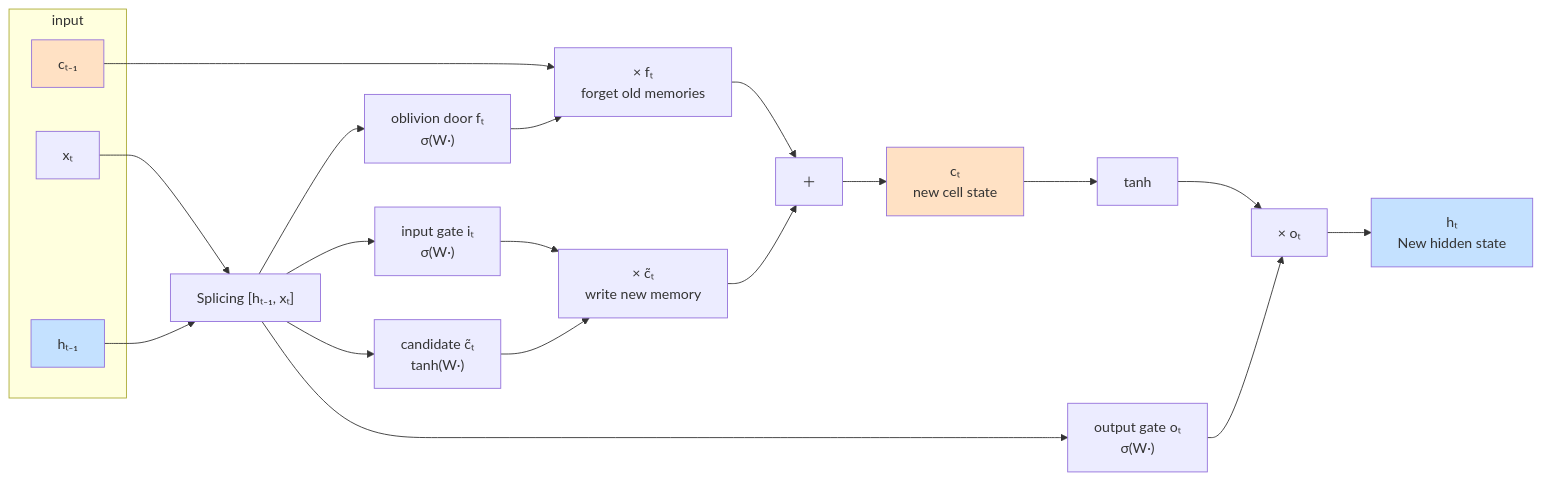
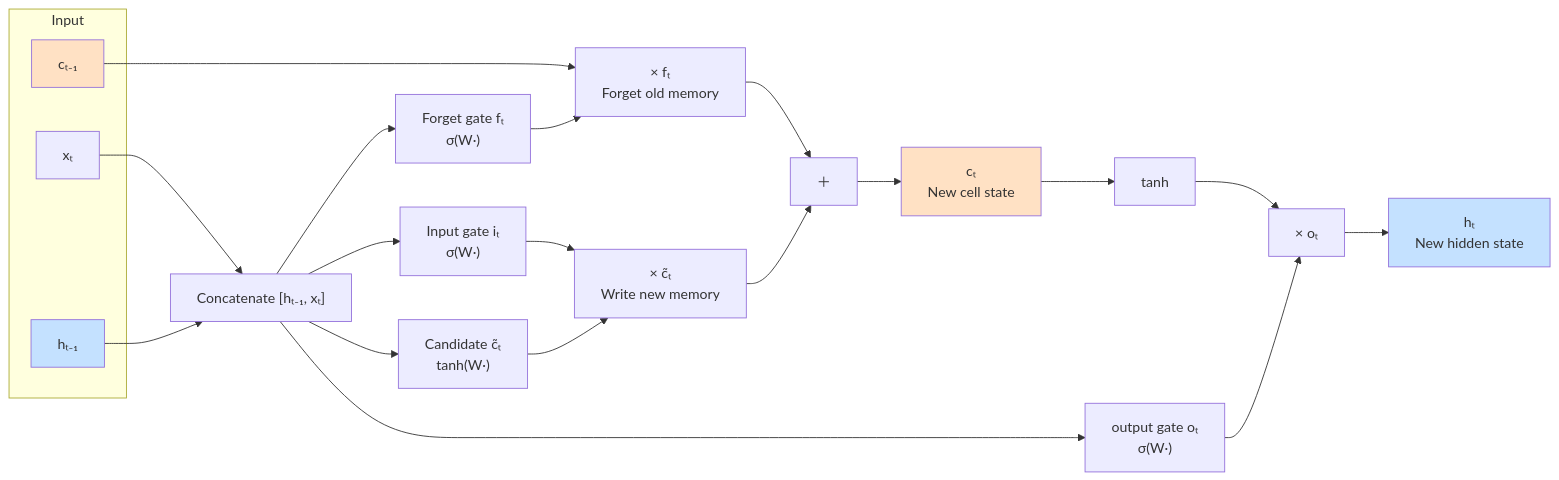
One commit to TingdeLiu/tingdeliu.github.io changed the fourth of 15 diagrams in _translations/en/research/Deep-Learning-Survey.md. Above: the diagram before and after it, drawn with Mermaid. The commit also changed other lines of this file and 51 other files, not shown here.

````diff
--- a/_translations/en/research/Deep-Learning-Survey.md
+++ b/_translations/en/research/Deep-Learning-Survey.md
@@ -397,30 +397,30 @@
 ```mermaid
 flowchart LR
-    subgraph INPUT ["input"]
+    subgraph INPUT ["Input"]
         XT["xₜ"]
         HT1["hₜ₋₁"]
         CT1["cₜ₋₁"]
     end
-    CONCAT["Splicing [hₜ₋₁, xₜ]"]
+    CONCAT["Concatenate [hₜ₋₁, xₜ]"]
     XT --> CONCAT
     HT1 --> CONCAT
-    CONCAT --> FGATE["oblivion door fₜ<br/>σ(W·)"]
-    CONCAT --> IGATE["input gate iₜ<br/>σ(W·)"]
-    CONCAT --> CAND["candidate c̃ₜ<br/>tanh(W·)"]
+    CONCAT --> FGATE["Forget gate fₜ<br/>σ(W·)"]
+    CONCAT --> IGATE["Input gate iₜ<br/>σ(W·)"]
+    CONCAT --> CAND["Candidate c̃ₜ<br/>tanh(W·)"]
     CONCAT --> OGATE["output gate oₜ<br/>σ(W·)"]
-    CT1 --> MUL1["× fₜ<br/>forget old memories"]
+    CT1 --> MUL1["× fₜ<br/>Forget old memory"]
     FGATE --> MUL1
-    IGATE --> MUL2["× c̃ₜ<br/>write new memory"]
+    IGATE --> MUL2["× c̃ₜ<br/>Write new memory"]
     CAND --> MUL2
     MUL1 --> ADD["＋"]
     MUL2 --> ADD
-    ADD --> CT["cₜ<br/>new cell state"]
+    ADD --> CT["cₜ<br/>New cell state"]
     CT --> TANH["tanh"]
     TANH --> MUL3["× oₜ"]
     OGATE --> MUL3
     MUL3 --> HT["hₜ<br/>New hidden state"]
     style CT fill:#ffe1c4
     style HT fill:#c4e1ff
     style CT1 fill:#ffe1c4
     style HT1 fill:#c4e1ff
 ```
````
